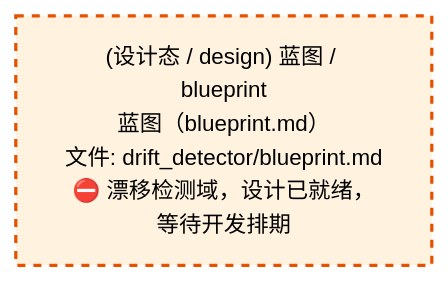
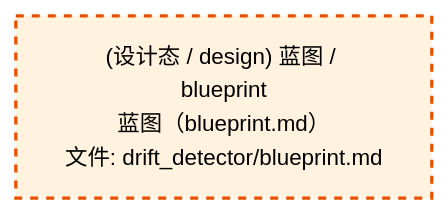
Before and after one commit to xuanFelixVan/ZephyrAlpha: the third of 4 diagrams in docs/02_enterprise_architecture/02_domain_architecture_docs/52_d_gov_drift.md, drawn with Mermaid. The commit also changed other lines of this file and 71 other files, not shown here.

````diff
--- a/docs/02_enterprise_architecture/02_domain_architecture_docs/52_d_gov_drift.md
+++ b/docs/02_enterprise_architecture/02_domain_architecture_docs/52_d_gov_drift.md
@@ -457,10 +457,10 @@
 ```mermaid
 %%{init: {'theme': 'base', 'themeVariables': {'primaryColor': '#eaeaea', 'primaryTextColor': '#333333', 'primaryBorderColor': '#666666', 'lineColor': '#666666', 'secondaryColor': '#eaeaea', 'tertiaryColor': '#eaeaea', 'fontSize': '14px'}}}%%
 flowchart TD
-    docs_03_modules_domain_governance_drift_detector_blueprint_md["(设计态 / design) 蓝图 / blueprint<br/>蓝图（blueprint.md）<br/>文件: drift_detector/blueprint.md<br/>⛔ 漂移检测域，设计已就绪，等待开发排期"]
+    docs_03_modules_domain_governance_drift_detector_blueprint_md["(设计态 / design) 蓝图 / blueprint<br/>蓝图（blueprint.md）<br/>文件: drift_detector/blueprint.md"]
     classDef production fill:#e1f5fe,stroke:#01579b,stroke-width:2px,color:#000
     classDef design fill:#fff3e0,stroke:#e65100,stroke-width:2px,color:#000,stroke-dasharray: 5 5
     classDef external_prod fill:#e8f4fd,stroke:#0277bd,stroke-width:1px,color:#000
     classDef external_design fill:#fff8e7,stroke:#ef6c00,stroke-width:1px,color:#000,stroke-dasharray: 5 5
     class docs_03_modules_domain_governance_drift_detector_blueprint_md design
 ```
````
